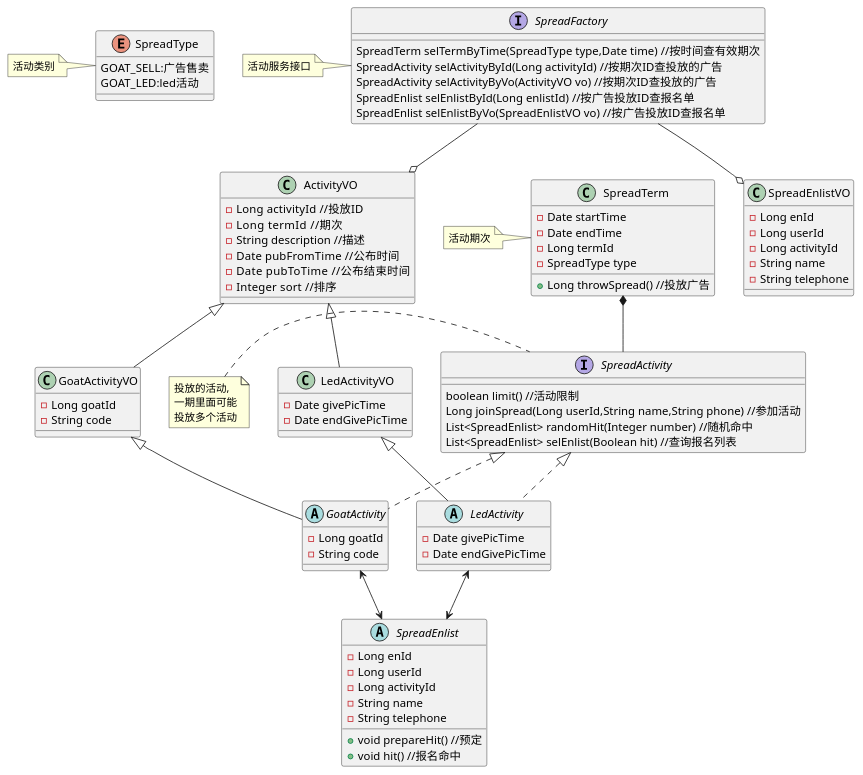
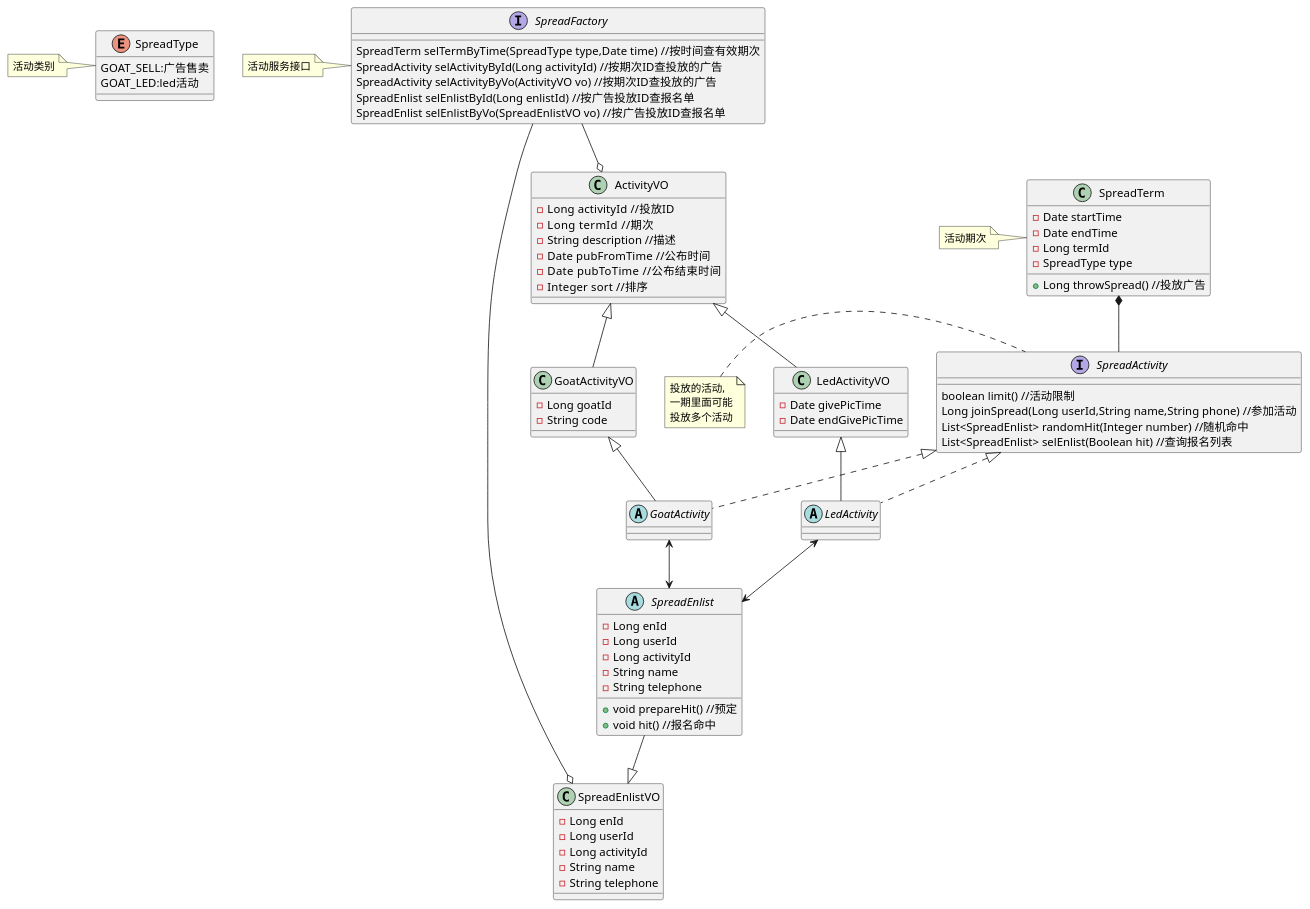
The diagram in main4-spread/main4-spread-api/src/main/resources/spread_class.puml (pogy/main-pom), drawn with PlantUML before and after one commit.

Commit message:
uml设计

```diff
--- a/main4-spread/main4-spread-api/src/main/resources/spread_class.puml
+++ b/main4-spread/main4-spread-api/src/main/resources/spread_class.puml
@@ -1,103 +1,100 @@
 @startuml
 
 enum SpreadType{
 GOAT_SELL:广告售卖
 GOAT_LED:led活动
 }
 
 note left of SpreadType:活动类别
 
 class SpreadTerm{
 -Date startTime
 -Date endTime
 -Long termId
 -SpreadType type
 
 +Long throwSpread() //投放广告
 }
 
 note left of SpreadTerm:活动期次
 
 interface SpreadActivity{
 boolean limit() //活动限制
 Long joinSpread(Long userId,String name,String phone) //参加活动
 List<SpreadEnlist> randomHit(Integer number) //随机命中
 List<SpreadEnlist> selEnlist(Boolean hit) //查询报名列表
 }
 
 note left of SpreadActivity:投放的活动,\n一期里面可能\n投放多个活动
 
 abstract class GoatActivity{
--Long goatId
--String code
 }
 
 class ActivityVO{
 -Long activityId  //投放ID
 -Long termId   //期次
 -String description //描述
 -Date pubFromTime  //公布时间
 -Date pubToTime   //公布结束时间
 -Integer sort  //排序
 }
 
 class GoatActivityVO{
 -Long goatId
 -String code
 }
 
 abstract class LedActivity{
--Date givePicTime
--Date endGivePicTime
 }
 
 class LedActivityVO{
 -Date givePicTime
 -Date endGivePicTime
 }
 
 abstract class SpreadEnlist{
 -Long enId
 -Long userId
 -Long activityId
 -String name
 -String telephone
 
 +void prepareHit() //预定
 +void hit() //报名命中
 }
 
 class SpreadEnlistVO{
 -Long enId
 -Long userId
 -Long activityId
 -String name
 -String telephone
 }
 
 interface SpreadFactory{
 SpreadTerm selTermByTime(SpreadType type,Date time) //按时间查有效期次
 SpreadActivity selActivityById(Long activityId) //按期次ID查投放的广告
 SpreadActivity selActivityByVo(ActivityVO vo) //按期次ID查投放的广告
 SpreadEnlist selEnlistById(Long enlistId) //按广告投放ID查报名单
 SpreadEnlist selEnlistByVo(SpreadEnlistVO vo) //按广告投放ID查报名单
 
 }
 
 note left of SpreadFactory:活动服务接口
 SpreadActivity <|.. GoatActivity
 
 SpreadActivity <|.. LedActivity
 
 SpreadTerm *-- SpreadActivity
 
 GoatActivity <--> SpreadEnlist
 LedActivity <--> SpreadEnlist
 SpreadFactory --o SpreadEnlistVO
 SpreadFactory --o ActivityVO
 ActivityVO <|-- LedActivityVO
 ActivityVO <|-- GoatActivityVO
 
 LedActivityVO <|-- LedActivity
 GoatActivityVO <|-- GoatActivity
+SpreadEnlist --|> SpreadEnlistVO
 @enduml
```
